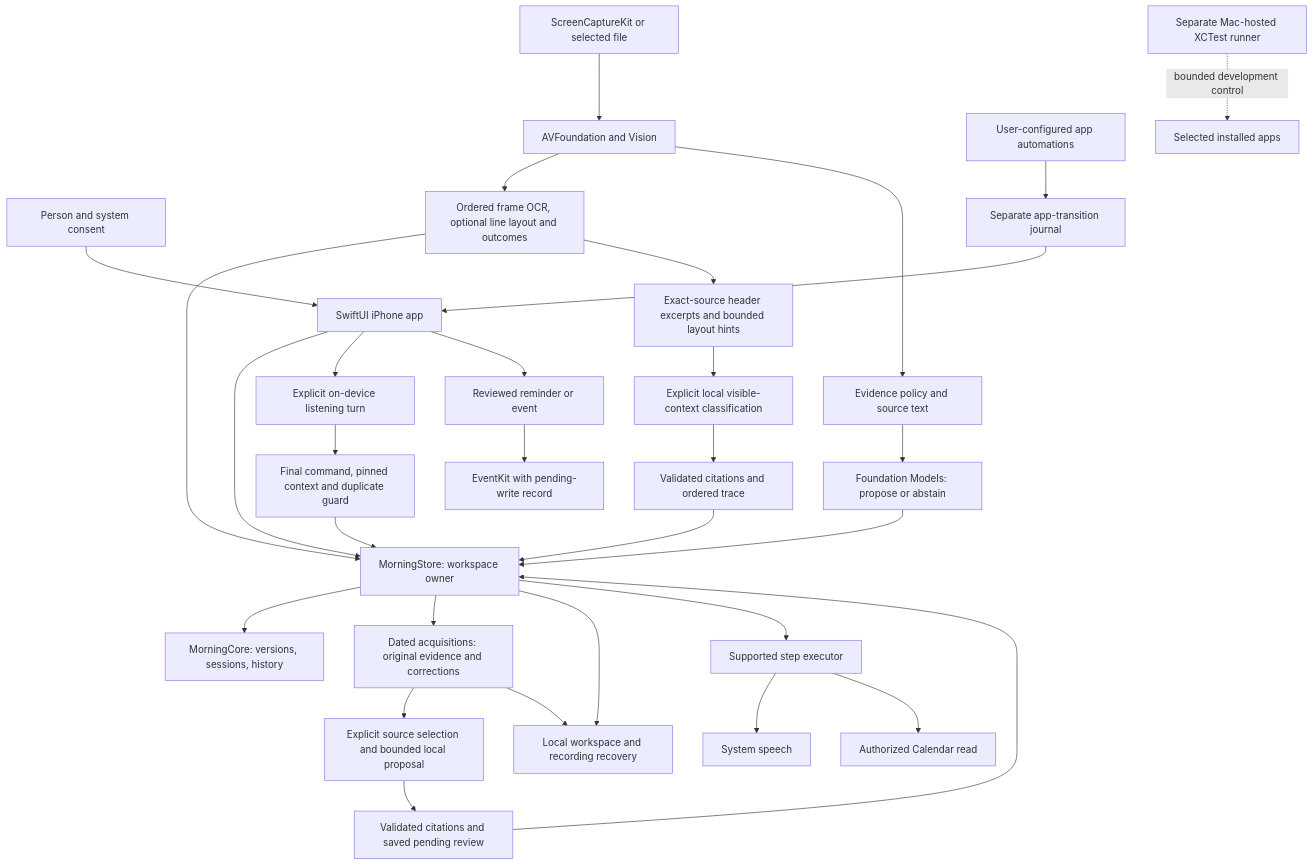
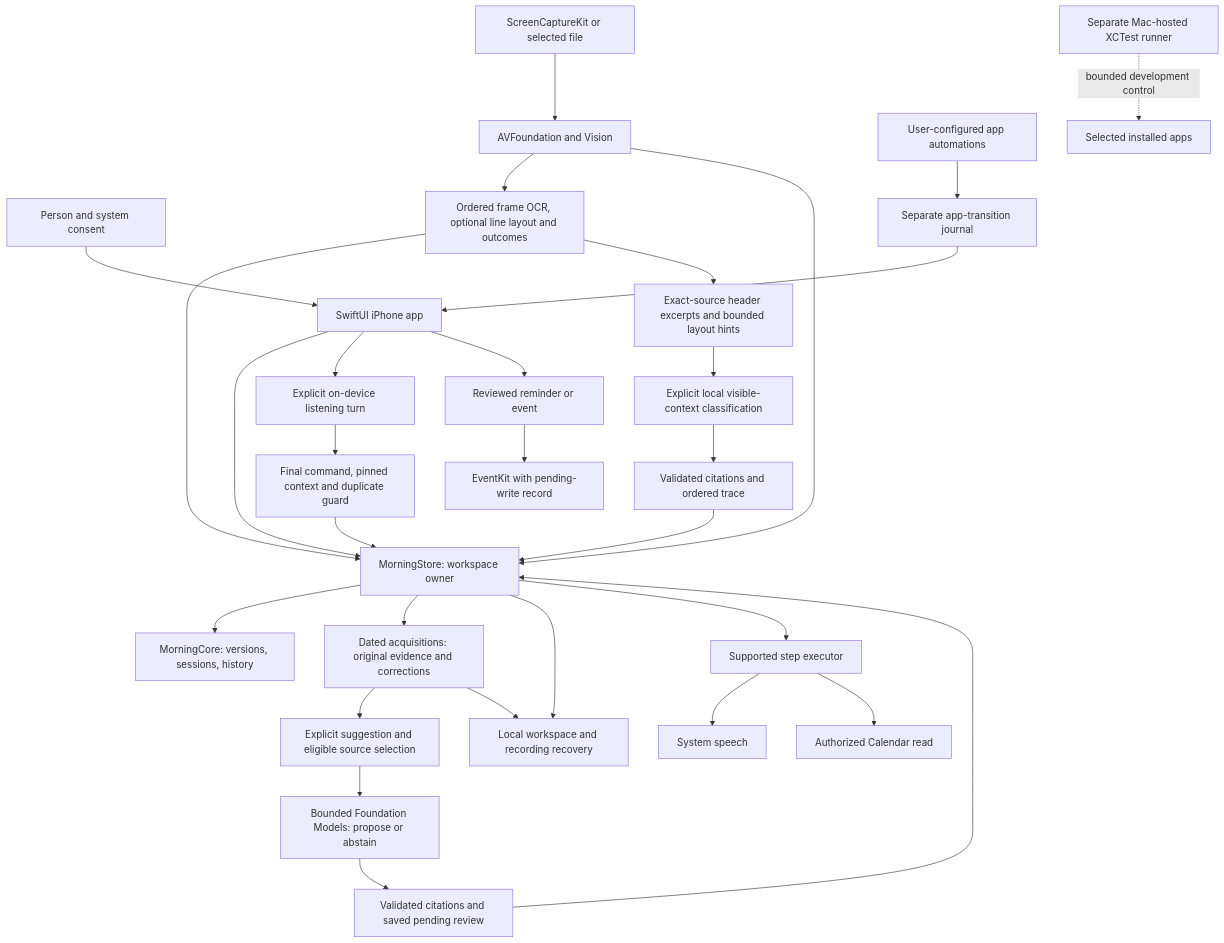
The first of 4 diagrams in docs/ARCHITECTURE.md (gderamchi/morning-operator), drawn with Mermaid before and after one commit. The commit also changed other lines of this file and 9 other files, not shown here.

Commit message:
Document unified learning flow and scoped recovery verification

````diff
--- a/docs/ARCHITECTURE.md
+++ b/docs/ARCHITECTURE.md
@@ -15,33 +15,32 @@
 ```mermaid
 flowchart TB
     Person["Person and system consent"] --> UI["SwiftUI iPhone app"]
     UI --> Store["MorningStore: workspace owner"]
     Capture["ScreenCaptureKit or selected file"] --> Media["AVFoundation and Vision"]
     Media --> Frames["Ordered frame OCR, optional line layout and outcomes"]
     Frames --> Store
     Frames --> Excerpts["Exact-source header excerpts and bounded layout hints"]
     Excerpts --> Context["Explicit local visible-context classification"]
     Context --> Trace["Validated citations and ordered trace"]
     Trace --> Store
-    Media --> Evidence["Evidence policy and source text"]
-    Evidence --> Model["Foundation Models: propose or abstain"]
-    Model --> Store
+    Media --> Store
     Store --> Core["MorningCore: versions, sessions, history"]
     Store --> Archive["Dated acquisitions: original evidence and corrections"]
-    Archive --> Selection["Explicit source selection and bounded local proposal"]
-    Selection --> Pending["Validated citations and saved pending review"]
+    Archive --> Selection["Explicit suggestion and eligible source selection"]
+    Selection --> Model["Bounded Foundation Models: propose or abstain"]
+    Model --> Pending["Validated citations and saved pending review"]
     Pending --> Store
     Archive --> Disk
     Store --> Disk["Local workspace and recording recovery"]
     Store --> Runner["Supported step executor"]
     Runner --> Speech["System speech"]
     UI --> Listener["Explicit on-device listening turn"]
     Listener --> Command["Final command, pinned context and duplicate guard"]
     Command --> Store
     Runner --> Calendar["Authorized Calendar read"]
     UI --> ReviewedSave["Reviewed reminder or event"]
     ReviewedSave --> EventKit["EventKit with pending-write record"]
     Shortcuts["User-configured app automations"] --> Journal["Separate app-transition journal"]
     Journal --> UI
     Harness["Separate Mac-hosted XCTest runner"] -. "bounded development control" .-> OtherApps["Selected installed apps"]
 ```
````
